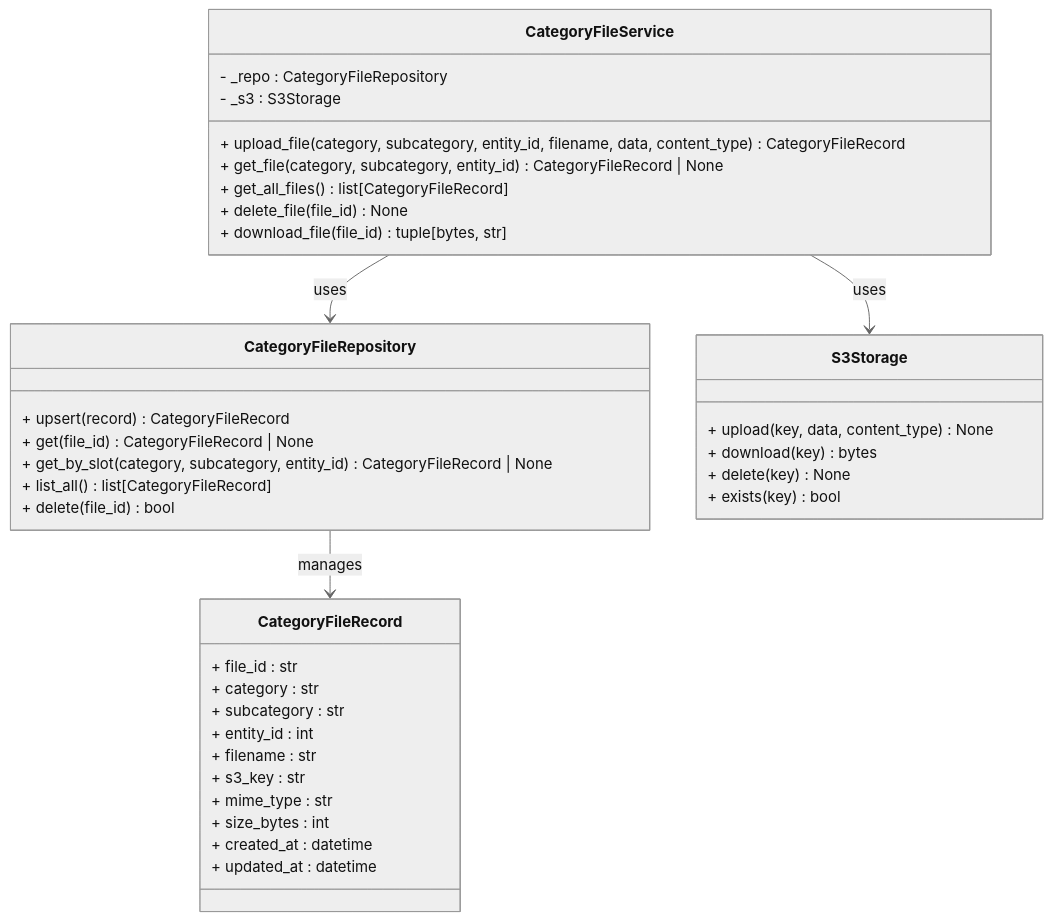
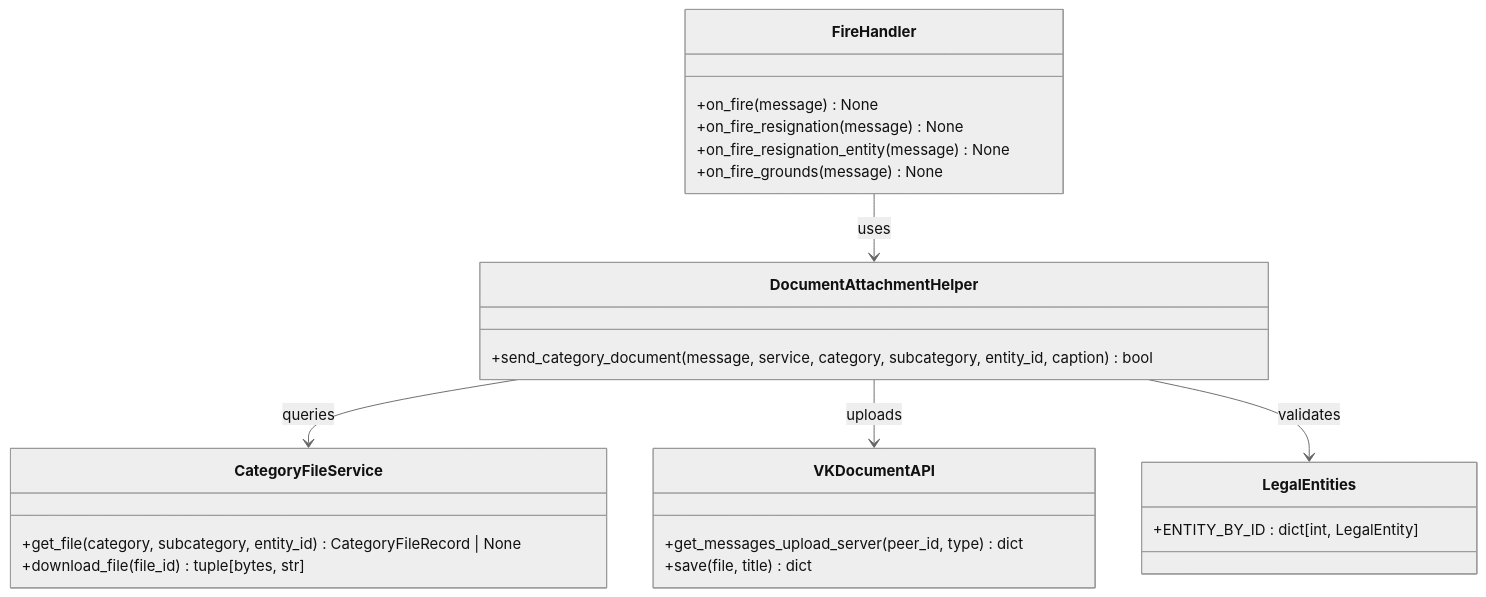
The seventh of 20 diagrams in .qoder/repowiki/en/content/VK Integration/VK Integration.md (ognelis/cafetera_hr_bot), drawn with Mermaid (neutral theme) before and after one commit. The commit also changed other lines of this file and 14 other files, not shown here.

````diff
--- a/.qoder/repowiki/en/content/VK Integration/VK Integration.md
+++ b/.qoder/repowiki/en/content/VK Integration/VK Integration.md
@@ -551,40 +505,27 @@
 ```mermaid
 classDiagram
+class FireHandler {
++on_fire(message) None
++on_fire_resignation(message) None
++on_fire_resignation_entity(message) None
++on_fire_grounds(message) None
+}
+class DocumentAttachmentHelper {
++send_category_document(message, service, category, subcategory, entity_id, caption) bool
+}
 class CategoryFileService {
-- _repo : CategoryFileRepository
-- _s3 : S3Storage
-+ upload_file(category, subcategory, entity_id, filename, data, content_type) CategoryFileRecord
-+ get_file(category, subcategory, entity_id) CategoryFileRecord | None
-+ get_all_files() list[CategoryFileRecord]
-+ delete_file(file_id) None
-+ download_file(file_id) tuple[bytes, str]
++get_file(category, subcategory, entity_id) CategoryFileRecord | None
++download_file(file_id) tuple[bytes, str]
 }
-class CategoryFileRepository {
-+ upsert(record) CategoryFileRecord
-+ get(file_id) CategoryFileRecord | None
-+ get_by_slot(category, subcategory, entity_id) CategoryFileRecord | None
-+ list_all() list[CategoryFileRecord]
-+ delete(file_id) bool
+class VKDocumentAPI {
++get_messages_upload_server(peer_id, type) dict
++save(file, title) dict
 }
-class S3Storage {
-+ upload(key, data, content_type) None
-+ download(key) bytes
-+ delete(key) None
-+ exists(key) bool
+class LegalEntities {
++ENTITY_BY_ID : dict[int, LegalEntity]
 }
-class CategoryFileRecord {
-+ file_id : str
-+ category : str
-+ subcategory : str
-+ entity_id : int
-+ filename : str
-+ s3_key : str
-+ mime_type : str
-+ size_bytes : int
-+ created_at : datetime
-+ updated_at : datetime
-}
-CategoryFileService --> CategoryFileRepository : uses
-CategoryFileService --> S3Storage : uses
-CategoryFileRepository --> CategoryFileRecord : manages
+FireHandler --> DocumentAttachmentHelper : uses
+DocumentAttachmentHelper --> CategoryFileService : queries
+DocumentAttachmentHelper --> VKDocumentAPI : uploads
+DocumentAttachmentHelper --> LegalEntities : validates
 ```
````
